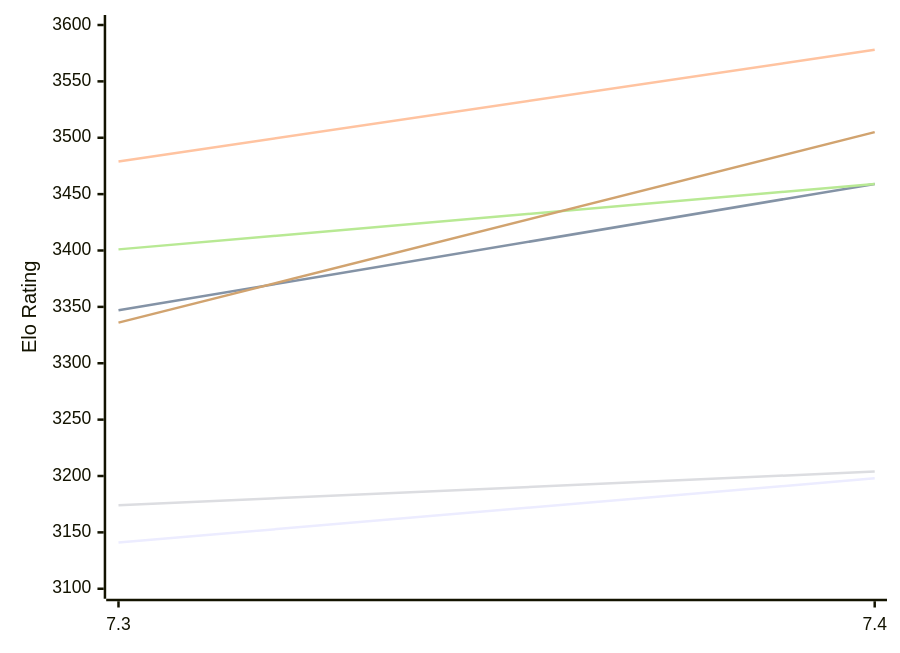
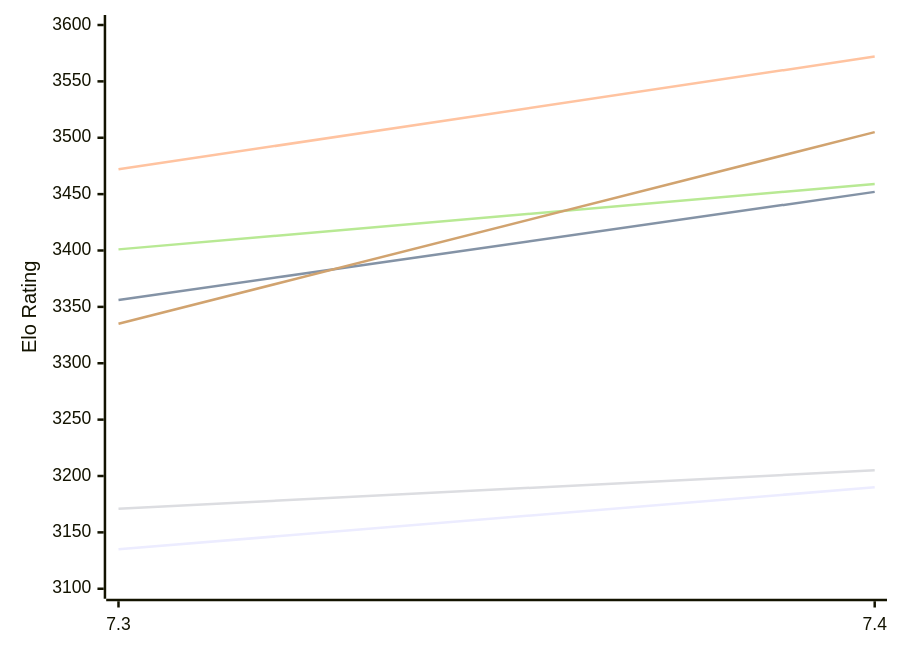
One commit to computer-chess-index/cci changed the diagram in engines/Booot.md. Above: the diagram before and after it, drawn with Mermaid. The commit also changed other lines of this file, not shown here.

Commit message:
Update CCI Ratings (ELO VLTC) - 2026-11-26

````diff
--- a/engines/Booot.md
+++ b/engines/Booot.md
@@ -49,12 +49,12 @@
 ```mermaid
 %%{init: {"theme":"base","themeVariables":{"seriesColors:['#a3a3a3','#222221','#faa371']}}}%%
 xychart-beta
   x-axis ["7.3", "7.4"]
   y-axis "Elo Rating" 3100 --> 3600
-  line "E1: STC (8.0+0.08s)" [3141, 3198]
-  line "E1: LTC (60.0+0.60s)" [3347, 3459]
-  line "E1: VLTC (2m24s+1.12s)" [3479, 3578]
-  line "P1: STC (8.0+0.08s)" [3174, 3204]
+  line "E1: STC (8.0+0.08s)" [3135, 3190]
+  line "E1: LTC (60.0+0.60s)" [3356, 3452]
+  line "E1: VLTC (2m24s+1.12s)" [3472, 3572]
+  line "P1: STC (8.0+0.08s)" [3171, 3205]
   line "P1: LTC (60.0+0.60s)" [3401, 3459]
-  line "P1: VLTC (2m24s+1.12s)" [3336, 3505]
+  line "P1: VLTC (2m24s+1.12s)" [3335, 3505]
 ```
````
